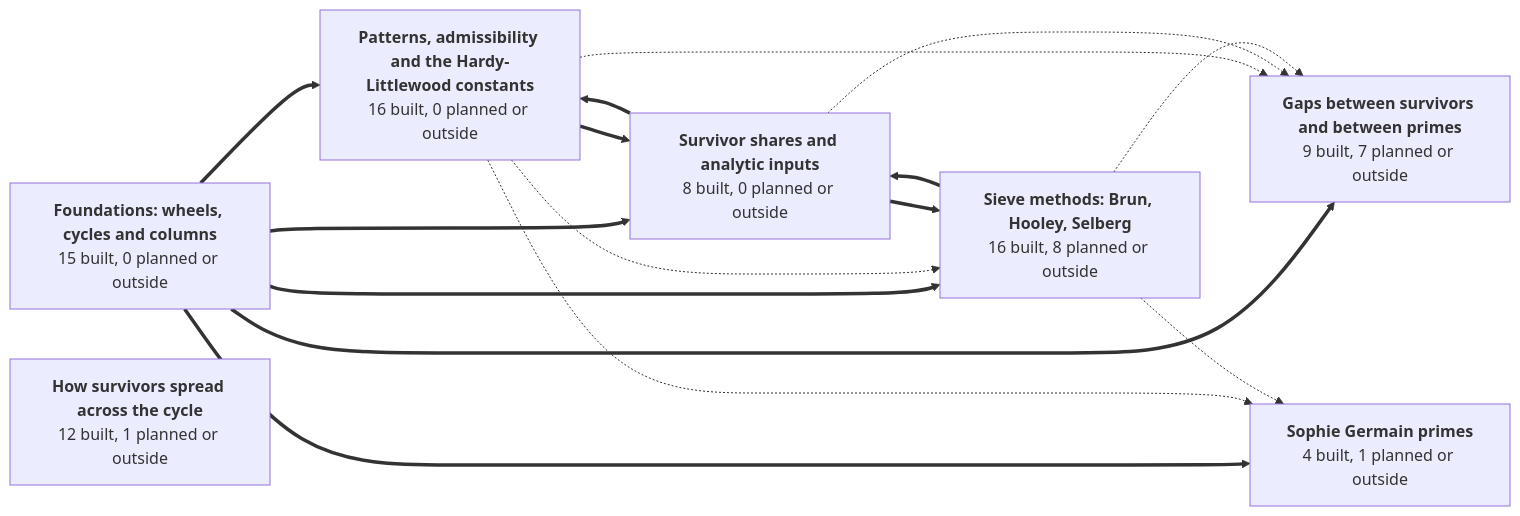
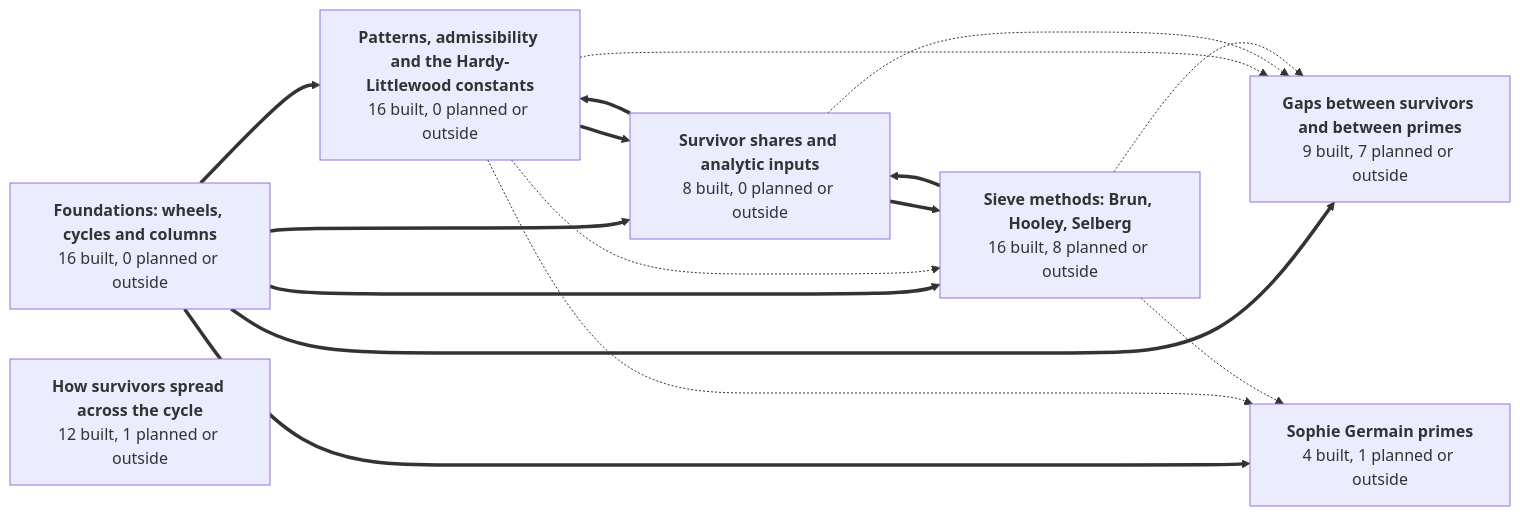
Before and after one commit to golfbum71/RNS-Sieve-Network: the first of 8 diagrams in GRAPH.md, drawn with Mermaid. The commit also changed other lines of this file and 12 other files, not shown here.

````diff
--- a/GRAPH.md
+++ b/GRAPH.md
@@ -45,32 +45,32 @@
 ```mermaid
 graph LR
-  g1["<b>Foundations: wheels, cycles and columns</b><br/>15 built, 0 planned or outside"]
+  g1["<b>Foundations: wheels, cycles and columns</b><br/>16 built, 0 planned or outside"]
   g2["<b>Patterns, admissibility and the Hardy-Littlewood constants</b><br/>16 built, 0 planned or outside"]
   g3["<b>How survivors spread across the cycle</b><br/>12 built, 1 planned or outside"]
   g4["<b>Gaps between survivors and between primes</b><br/>9 built, 7 planned or outside"]
   g5["<b>Sophie Germain primes</b><br/>4 built, 1 planned or outside"]
   g6["<b>Survivor shares and analytic inputs</b><br/>8 built, 0 planned or outside"]
   g7["<b>Sieve methods: Brun, Hooley, Selberg</b><br/>16 built, 8 planned or outside"]
   g1 ==> g2
   g1 ==> g4
   g1 ==> g5
   g1 ==> g6
   g1 ==> g7
   g2 -.-> g4
   g2 -.-> g5
   g2 ==> g6
   g2 -.-> g7
   g6 ==> g2
   g6 -.-> g4
   g6 ==> g7
   g7 -.-> g4
   g7 -.-> g5
   g7 ==> g6
   click g1 href "https://github.com/golfbum71/RNS-Sieve-Network/blob/main/GRAPH.md#foundations-wheels-cycles-and-columns" _self
   click g2 href "https://github.com/golfbum71/RNS-Sieve-Network/blob/main/GRAPH.md#patterns-admissibility-and-the-hardy-littlewood-constants" _self
   click g3 href "https://github.com/golfbum71/RNS-Sieve-Network/blob/main/GRAPH.md#how-survivors-spread-across-the-cycle" _self
   click g4 href "https://github.com/golfbum71/RNS-Sieve-Network/blob/main/GRAPH.md#gaps-between-survivors-and-between-primes" _self
   click g5 href "https://github.com/golfbum71/RNS-Sieve-Network/blob/main/GRAPH.md#sophie-germain-primes" _self
   click g6 href "https://github.com/golfbum71/RNS-Sieve-Network/blob/main/GRAPH.md#survivor-shares-and-analytic-inputs" _self
   click g7 href "https://github.com/golfbum71/RNS-Sieve-Network/blob/main/GRAPH.md#sieve-methods-brun-hooley-selberg" _self
 ```
````
